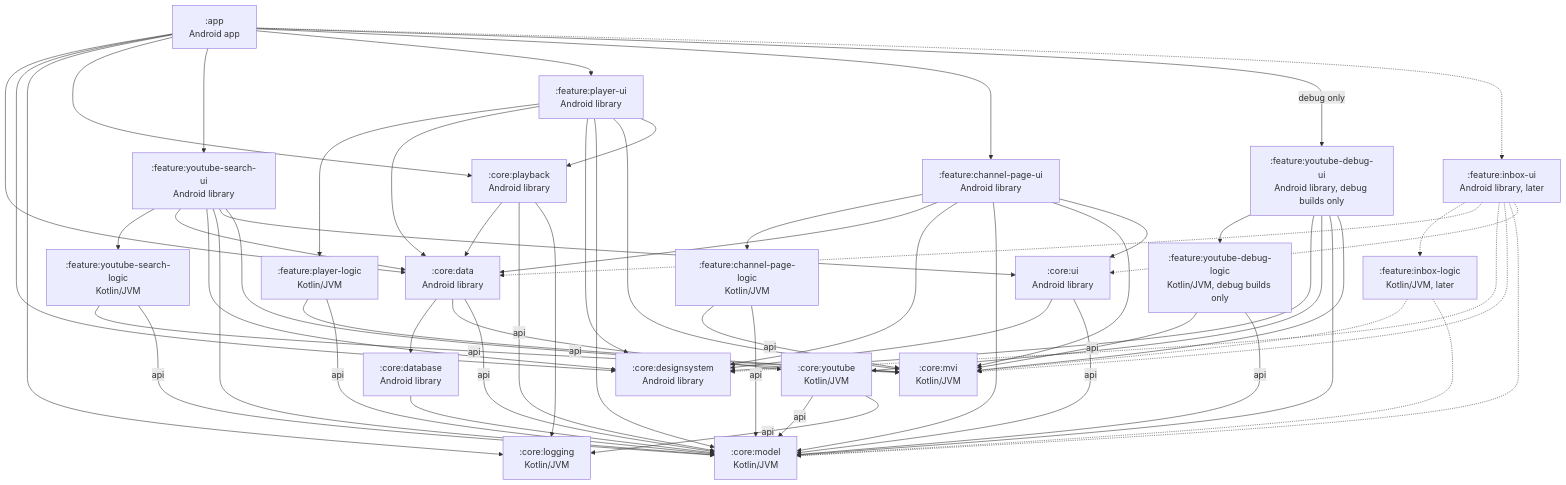
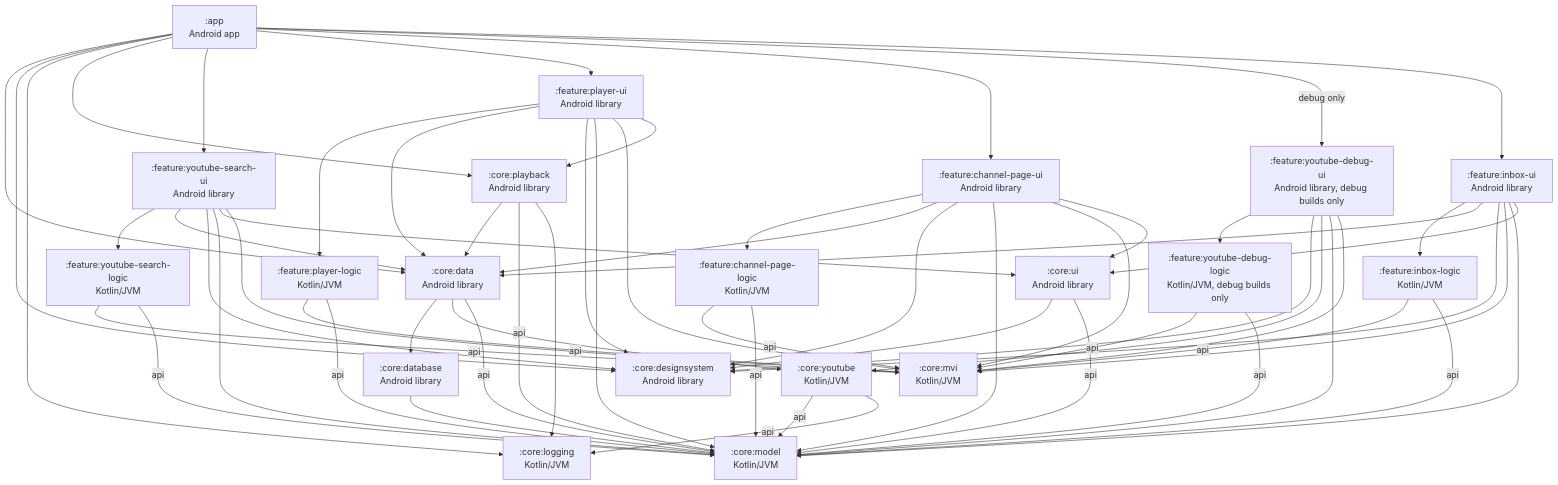
The first of 4 diagrams in docs/architecture.md (dewfallapp/dewfall), drawn with Mermaid before and after one commit. The commit also changed other lines of this file and 4 other files, not shown here.

````diff
--- a/docs/architecture.md
+++ b/docs/architecture.md
@@ -33,8 +33,8 @@
     debugUi[":feature:youtube-debug-ui<br/>Android library, debug builds only"]
     debugLogic[":feature:youtube-debug-logic<br/>Kotlin/JVM, debug builds only"]
     coreUi[":core:ui<br/>Android library"]
-    inboxUi[":feature:inbox-ui<br/>Android library, later"]
-    inboxLogic[":feature:inbox-logic<br/>Kotlin/JVM, later"]
+    inboxUi[":feature:inbox-ui<br/>Android library"]
+    inboxLogic[":feature:inbox-logic<br/>Kotlin/JVM"]
 
     app --> data
     app --> designsystem
@@ -85,15 +85,15 @@
     debugLogic -->|api| mvi
     debugLogic -->|api| model
 
-    app -.-> inboxUi
-    inboxUi -.-> inboxLogic
-    inboxUi -.-> data
-    inboxUi -.-> designsystem
-    inboxUi -.-> mvi
-    inboxUi -.-> model
-    inboxUi -.-> coreUi
-    inboxLogic -.-> mvi
-    inboxLogic -.-> model
+    app --> inboxUi
+    inboxUi --> inboxLogic
+    inboxUi --> data
+    inboxUi --> designsystem
+    inboxUi --> mvi
+    inboxUi --> model
+    inboxUi --> coreUi
+    inboxLogic -->|api| mvi
+    inboxLogic -->|api| model
     coreUi --> designsystem
     coreUi -->|api| model
 ```
````
